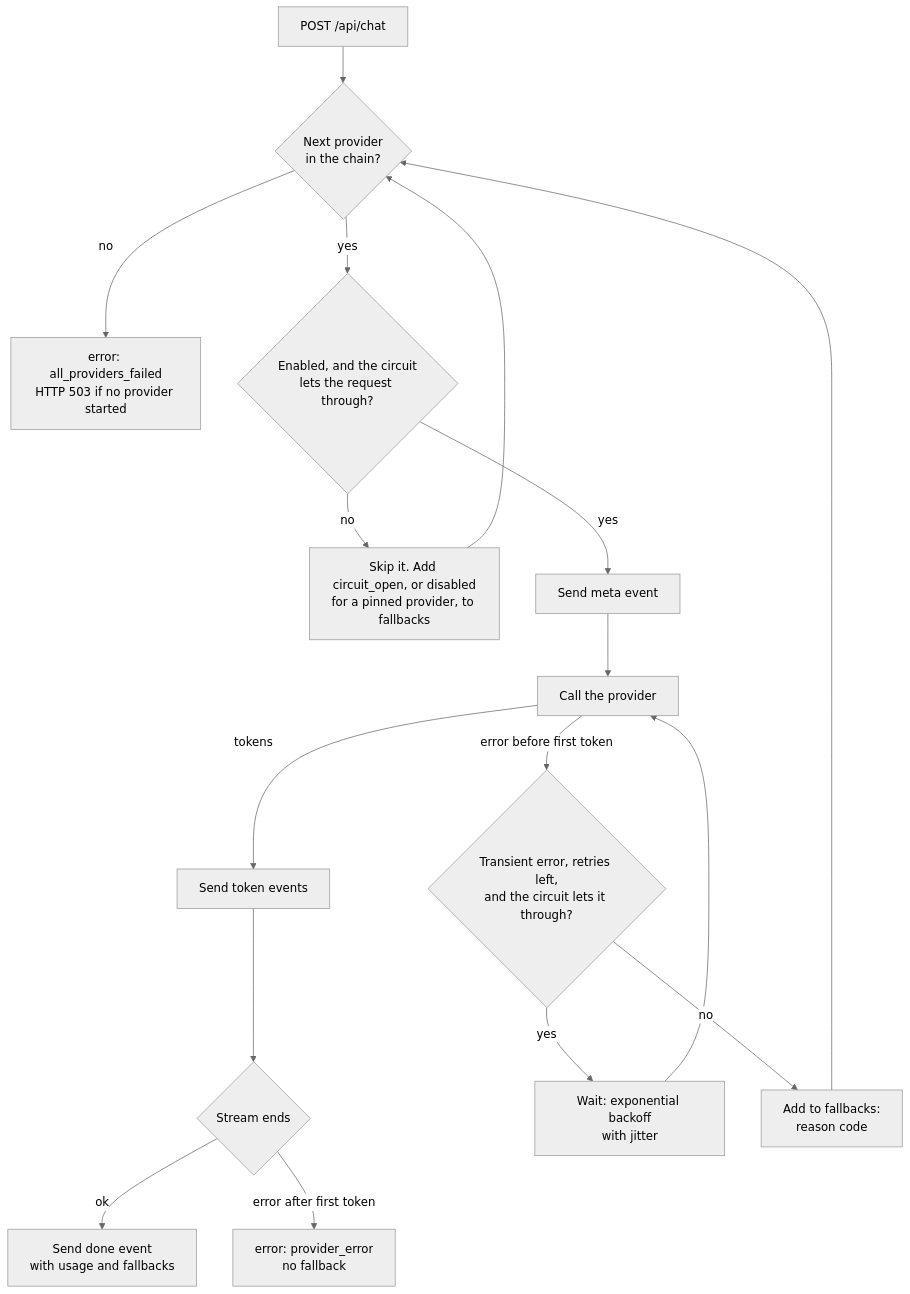
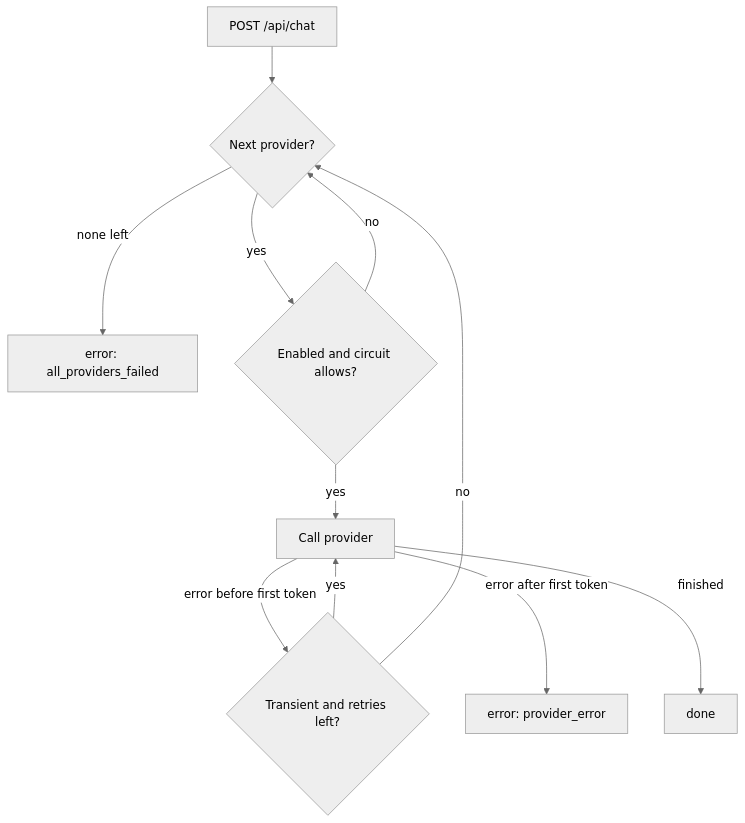
Before and after one commit to Reec1e33/proj2-raspPI-ai-server: the diagram in api/README.md, drawn with Mermaid (neutral theme). The commit also changed other lines of this file and 19 other files, not shown here.

````diff
--- a/api/README.md
+++ b/api/README.md
@@ -95,14 +104,13 @@
 ```mermaid
 flowchart TD
-    A[POST /api/chat] --> B{Next provider<br/>in the chain?}
-    B -- no --> X[error: all_providers_failed<br/>HTTP 503 if no provider started]
-    B -- yes --> C{Enabled, and the circuit<br/>lets the request through?}
-    C -- no --> F[Skip it. Add circuit_open, or disabled<br/>for a pinned provider, to fallbacks] --> B
-    C -- yes --> M[Send meta event] --> D[Call the provider]
-    D -- tokens --> T[Send token events] --> E{Stream ends}
-    E -- ok --> OK[Send done event<br/>with usage and fallbacks]
-    E -- error after first token --> P[error: provider_error<br/>no fallback]
-    D -- error before first token --> R{Transient error, retries left,<br/>and the circuit lets it through?}
-    R -- yes --> W[Wait: exponential backoff<br/>with jitter] --> D
-    R -- no --> G[Add to fallbacks:<br/>reason code] --> B
+    req[POST /api/chat] --> pick{Next provider?}
+    pick -- none left --> allFailed[error: all_providers_failed]
+    pick -- yes --> gate{Enabled and circuit allows?}
+    gate -- no --> pick
+    gate -- yes --> attempt[Call provider]
+    attempt -- error before first token --> retry{Transient and retries left?}
+    retry -- yes --> attempt
+    retry -- no --> pick
+    attempt -- error after first token --> midFail[error: provider_error]
+    attempt -- finished --> ok[done]
 ```
````
